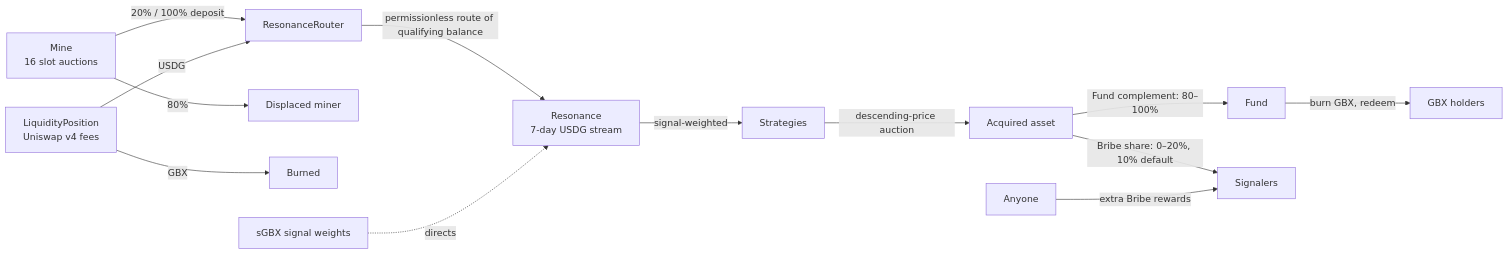
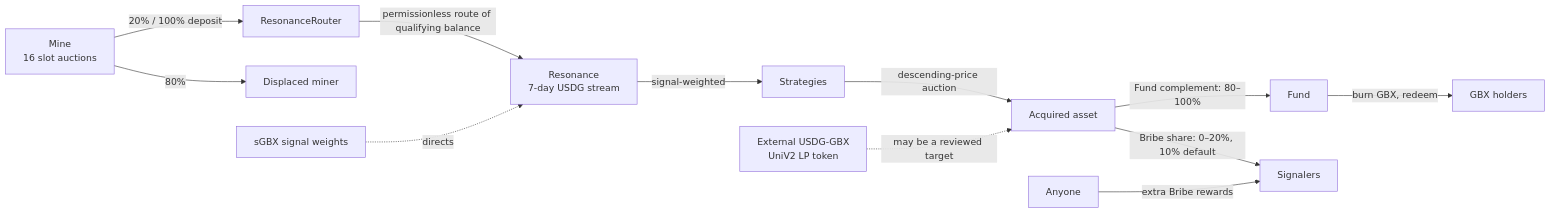
One commit to Heesho/gumball6900 changed the diagram in docs/one-pagers/gumball-6900.md. Above: the diagram before and after it, drawn with Mermaid. The commit also changed other lines of this file and 312 other files, not shown here.

````diff
--- a/docs/one-pagers/gumball-6900.md
+++ b/docs/one-pagers/gumball-6900.md
@@ -92,15 +92,14 @@
 ```mermaid
 flowchart LR
   M[Mine<br/>16 slot auctions] -->|20% / 100% deposit| RR[ResonanceRouter]
   M -->|80%| DM[Displaced miner]
-  LP[LiquidityPosition<br/>Uniswap v4 fees] -->|USDG| RR
-  LP -->|GBX| BURN[Burned]
   RR -->|permissionless route of qualifying balance| R[Resonance<br/>7-day USDG stream]
   SG[sGBX signal weights] -.->|directs| R
   R -->|signal-weighted| S[Strategies]
   S -->|descending-price auction| A[Acquired asset]
+  LP[External USDG-GBX<br/>UniV2 LP token] -.->|may be a reviewed target| A
   A -->|Fund complement: 80–100%| F[Fund]
   A -->|Bribe share: 0–20%, 10% default| SIG[Signalers]
   B[Anyone] -->|extra Bribe rewards| SIG
   F -->|burn GBX, redeem| H[GBX holders]
 ```
````
